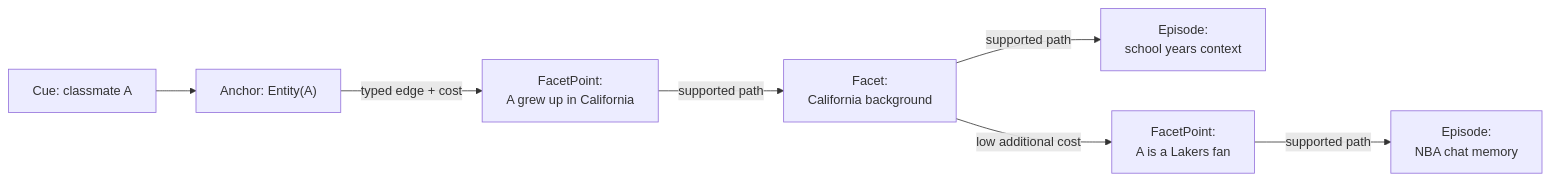
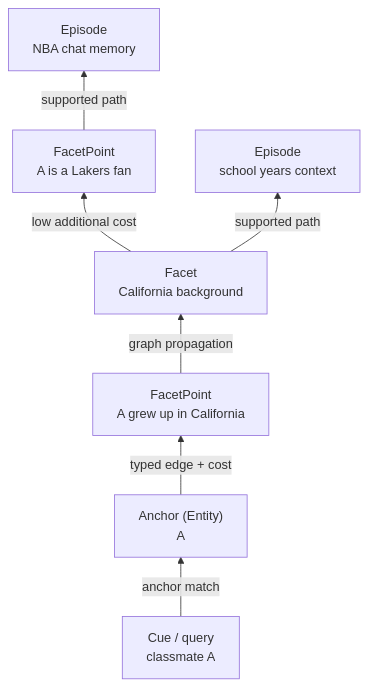
Before and after one commit to relunctance/m_flow: the third of 4 diagrams in README.md, drawn with Mermaid. The commit also changed other lines of this file, not shown here.

Commit message:
docs(readme): clarify keyword-overlap contrast and inverted-cone propagation
Refine the retrieval comparison so the similarity example shows repeated keywords without causal relevance, and align the M-flow diagram with anchor-first graph propagation in an inverted-cone visual.

Made-with: Cursor

````diff
--- a/README.md
+++ b/README.md
@@ -92,9 +92,17 @@
 ```mermaid
-flowchart LR
-    Q["Cue: classmate A"] --> A["Anchor: Entity(A)"]
-    A -->|typed edge + cost| FP1["FacetPoint:\nA grew up in California"]
-    FP1 -->|supported path| F1["Facet:\nCalifornia background"]
-    F1 -->|supported path| E1["Episode:\nschool years context"]
-    F1 -->|low additional cost| FP2["FacetPoint:\nA is a Lakers fan"]
-    FP2 -->|supported path| E2["Episode:\nNBA chat memory"]
+flowchart BT
+    Q["Cue / query\nclassmate A"]
+    A["Anchor (Entity)\nA"]
+    FP1["FacetPoint\nA grew up in California"]
+    F1["Facet\nCalifornia background"]
+    FP2["FacetPoint\nA is a Lakers fan"]
+    E1["Episode\nschool years context"]
+    E2["Episode\nNBA chat memory"]
+
+    Q -->|anchor match| A
+    A -->|typed edge + cost| FP1
+    FP1 -->|graph propagation| F1
+    F1 -->|supported path| E1
+    F1 -->|low additional cost| FP2
+    FP2 -->|supported path| E2
 ```
````
